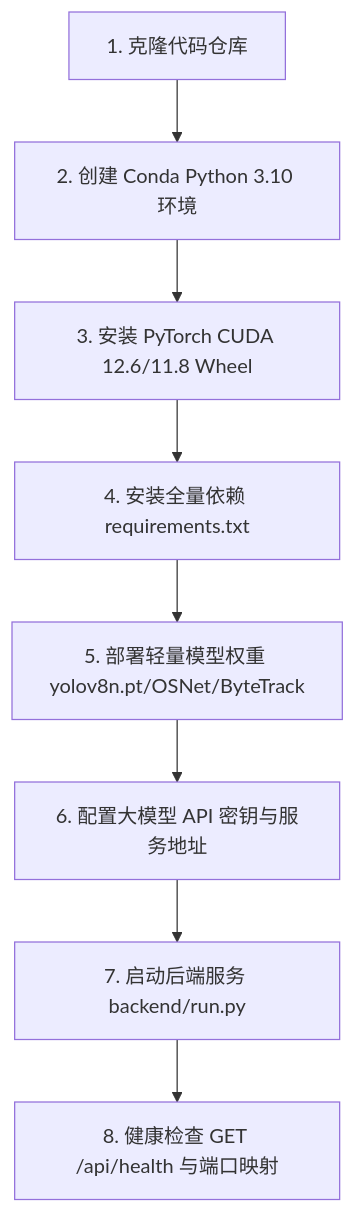
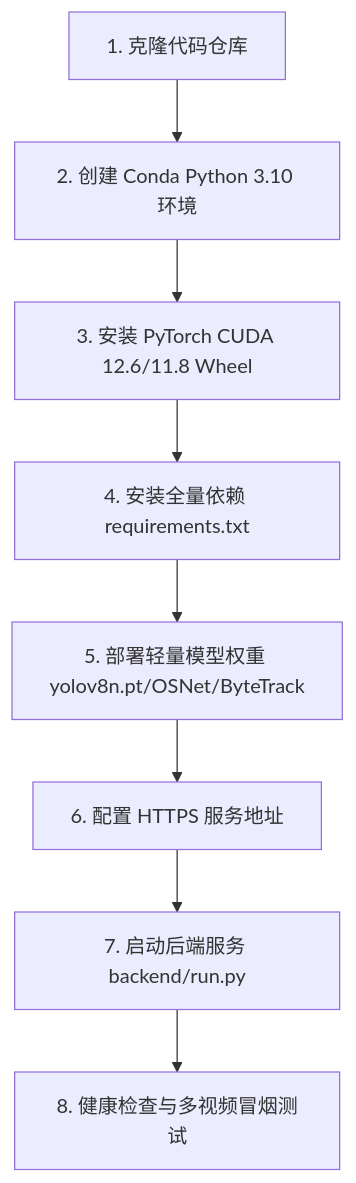
One commit to EmadowKy/pureyes-harmony changed the diagram in docs/server-deployment/02-backend-deployment-guide.md. Above: the diagram before and after it, drawn with Mermaid. The commit also changed other lines of this file and 5 other files, not shown here.

Commit message:
Require HTTPS for remote client API and document TLS setup

````diff
--- a/docs/server-deployment/02-backend-deployment-guide.md
+++ b/docs/server-deployment/02-backend-deployment-guide.md
@@ -9,10 +9,10 @@
 ```mermaid
 graph TD
     A[1. 克隆代码仓库] --> B[2. 创建 Conda Python 3.10 环境]
     B --> C[3. 安装 PyTorch CUDA 12.6/11.8 Wheel]
     C --> D[4. 安装全量依赖 requirements.txt]
     D --> E[5. 部署轻量模型权重 yolov8n.pt/OSNet/ByteTrack]
-    E --> F[6. 配置大模型 API 密钥与服务地址]
+    E --> F[6. 配置 HTTPS 服务地址]
     F --> G[7. 启动后端服务 backend/run.py]
-    G --> H[8. 健康检查 GET /api/health 与端口映射]
+    G --> H[8. 健康检查与多视频冒烟测试]
 ```
````
